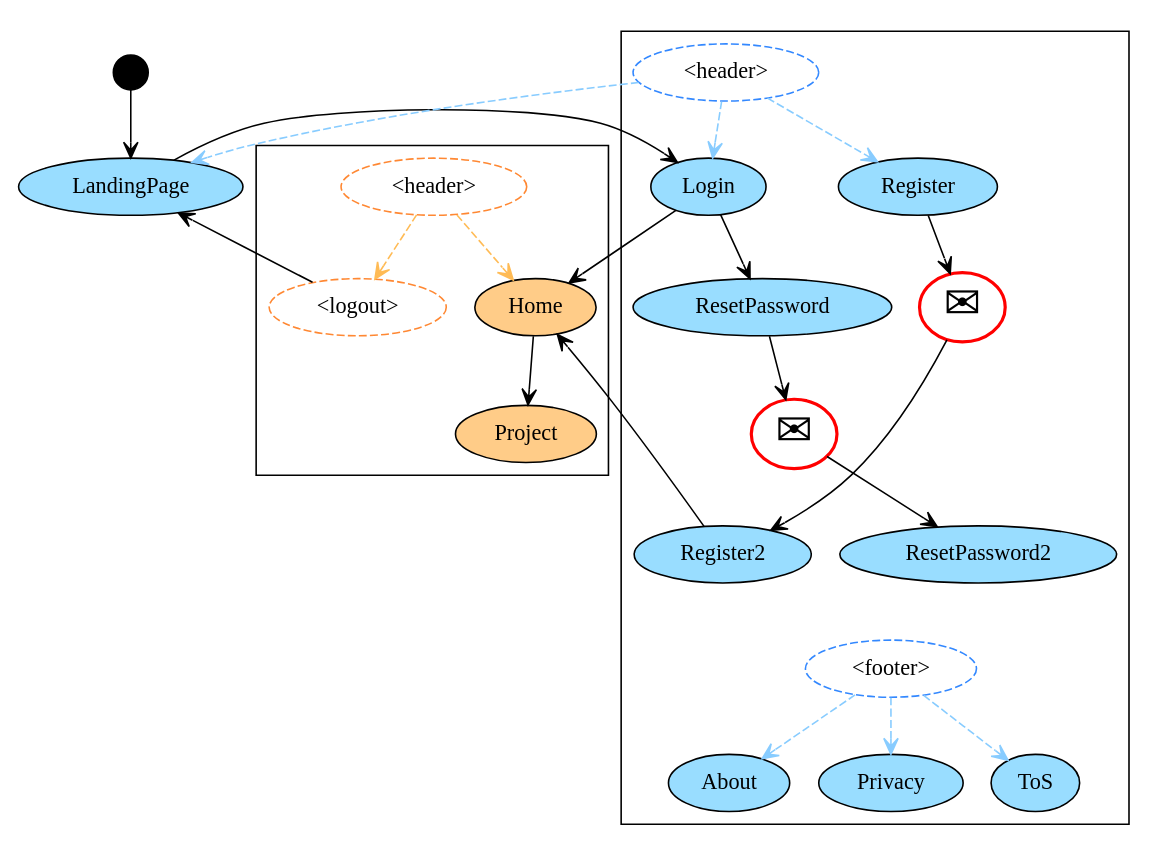
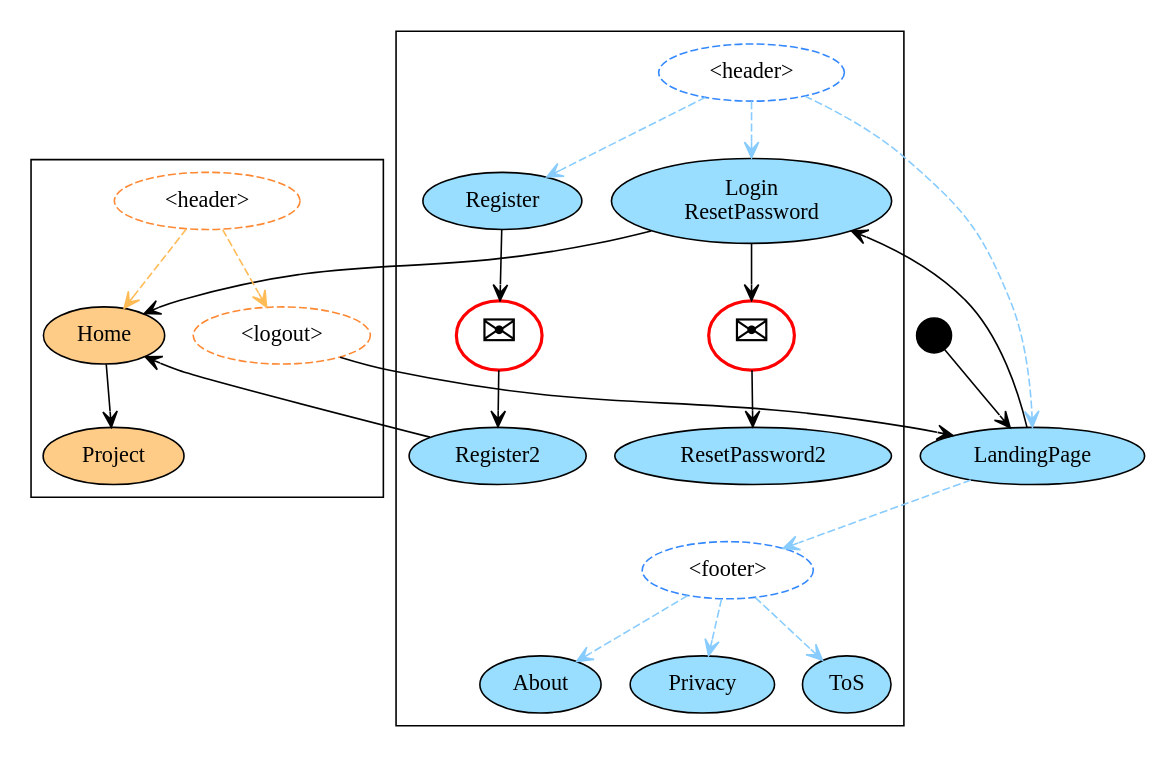
Before and after one commit to shipreq/shipreq: the diagram in Design/site_flow.gv, drawn with Graphviz. The commit also changed 4 other files, not shown here.

Commit message:
Public site revision: site flow and login UI

```diff
--- a/Design/site_flow.gv
+++ b/Design/site_flow.gv
@@ -1,53 +1,52 @@
 digraph G {
 
 edge[arrowhead=vee arrowtail=vee]
 
 Start [shape=circle style=filled color=black fontsize=1 height=.3]
 
 # PUBLIC PAGES
 
 node[style=filled fillcolor="#99ddff"]
 LandingPage
 
 subgraph cluster_publicTemplate {
-  Login
+  Login [label="Login\nResetPassword"]
   Register
   Register2
-  ResetPassword
   ResetPassword2
   EmailA [label="✉" style=bold fontsize=28 margin=0 color=red]
   EmailB [label="✉" style=bold fontsize=28 margin=0 color=red]
   About
   Privacy
   ToS
   Header [label="<header>" color="#3388ff" style=dashed]
   Footer [label="<footer>" color="#3388ff" style=dashed]
   edge[style=dashed color="#88ccff"]
   Header -> Login,Register
   Footer -> About,Privacy,ToS
   {Register2,ResetPassword2} -> Footer [style=invis]
 }
 
 # MEMBER PAGES
 
 node[style=filled fillcolor="#ffcc88"]
 subgraph cluster_memberTemplate {
   Home
   Project
   HeaderM [label="<header>" color="#ff8833" style=dashed]
   Logout  [label="<logout>" color="#ff8833" style=dashed]
   edge[style=dashed color="#ffbb55"]
   HeaderM -> Home,Logout
 }
 
 # LINKS
 
 node[style=filled fillcolor=black]
-Header -> LandingPage [style=dashed color="#88ccff"]
+Header -> LandingPage -> Footer [style=dashed color="#88ccff"]
 Start -> LandingPage -> Login
 Register -> EmailA -> Register2 -> Home
-Login -> ResetPassword -> EmailB -> ResetPassword2 # -> Login
+Login -> EmailB -> ResetPassword2 # -> Login
 Login -> Home -> Project
 Logout -> LandingPage
 
 }
```
